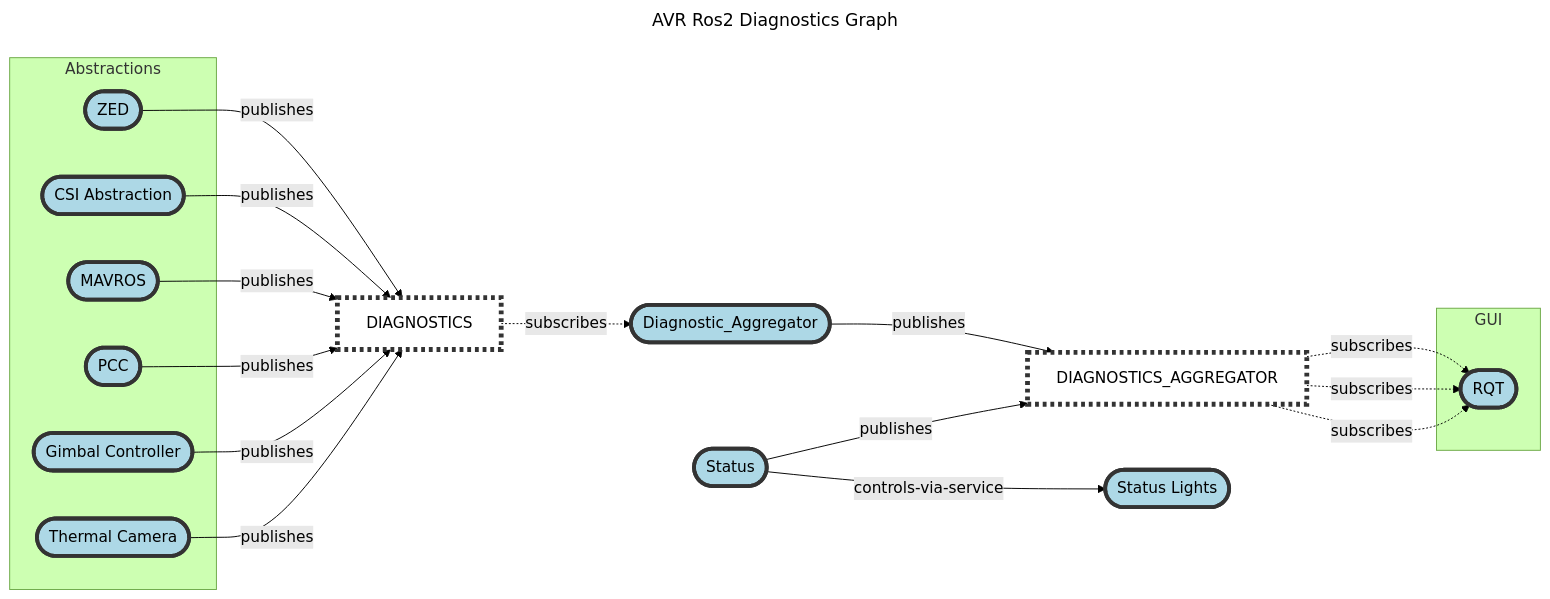
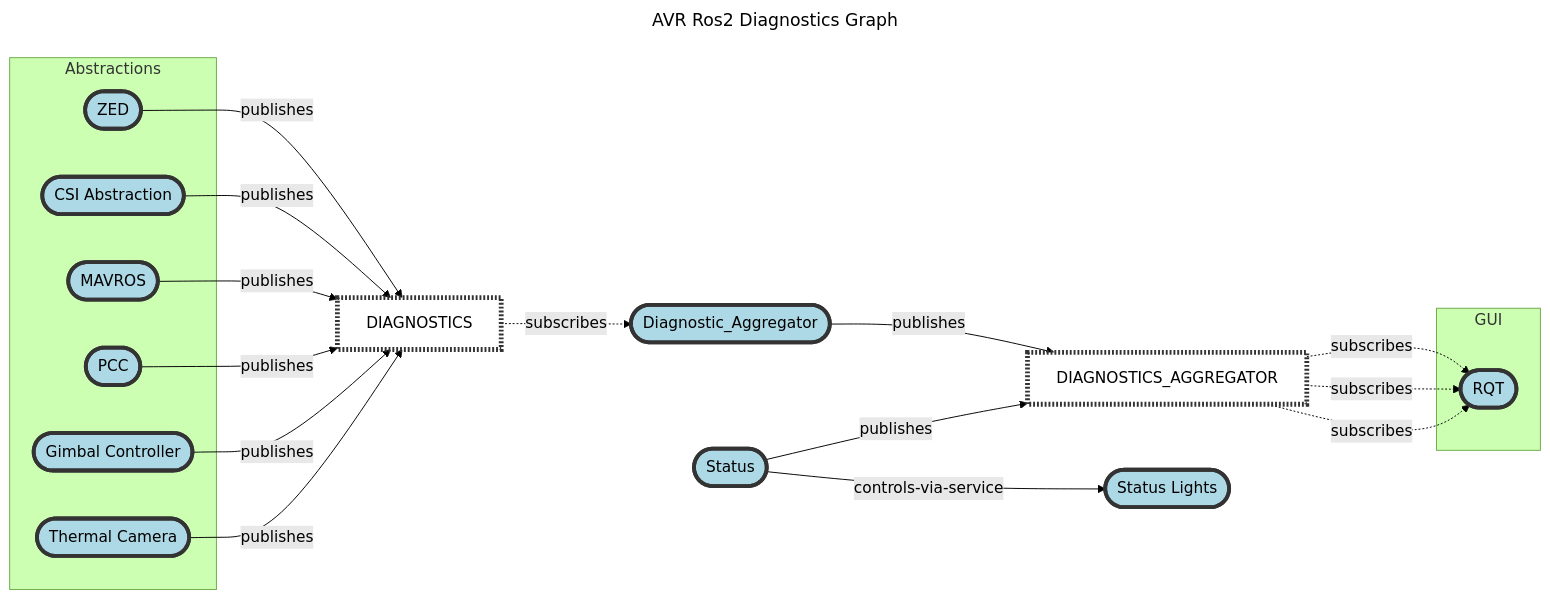
The diagram in README.md (Daedalus-Robotics/avr_2023_documentation), drawn with Mermaid (forest theme) before and after one commit.

````diff
--- a/README.md
+++ b/README.md
@@ -1,48 +1,48 @@
 ```mermaid
 ---
 title: AVR Ros2 Diagnostics Graph
 ---
 flowchart LR
     
     classDef node fill:lightBlue,color:black,stroke:#333,stroke-width:4px
-    classDef topic fill:white,color:black,stroke:#333,stroke-width:5px, stroke-dasharray: 4 4
+    classDef topic fill:white,color:black,stroke:#333,stroke-width:5px, stroke-dasharray: 2
     
     diagnostics_topic[DIAGNOSTICS]:::topic
     diag_agg([Diagnostic_Aggregator])
     diag_agg_topic[DIAGNOSTICS_AGGREGATOR]:::topic
     status_node([Status])
     status_lights([Status Lights])
     RQT/GUI([RQT])
     
     zed([ZED])
     
    
     
     subgraph Abstractions 
         zed
         CSI_abs
         Mavros
         PCC
         gimcont
         themcam
     end
     
     subgraph GUI 
         RQT/GUI
     end
     
     zed --publishes-->diagnostics_topic
     CSI_abs([CSI Abstraction]) --publishes-->diagnostics_topic
     Mavros([MAVROS]) --publishes-->diagnostics_topic
     PCC([PCC]) --publishes-->diagnostics_topic
     gimcont([Gimbal Controller]) --publishes-->diagnostics_topic
     themcam([Thermal Camera]) --publishes-->diagnostics_topic
     diagnostics_topic -. subscribes .->diag_agg
     diag_agg --publishes-->diag_agg_topic
     status_node --publishes-->diag_agg_topic
     status_node --controls-via-service-->status_lights
     diag_agg_topic -. subscribes .-> RQT/GUI
     diag_agg_topic -. subscribes .-> RQT/GUI
     diag_agg_topic -. subscribes .-> RQT/GUI 
 
 ```
````
